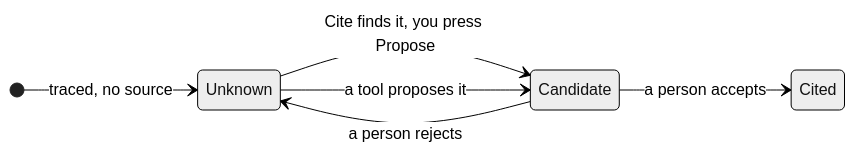
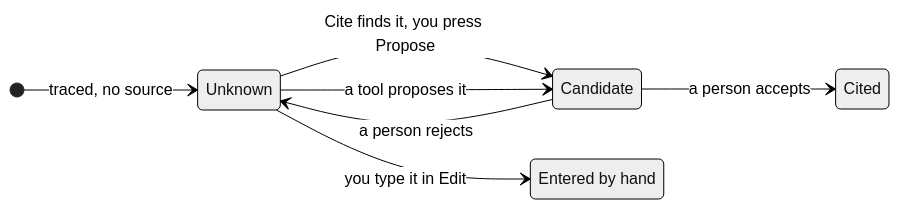
One commit to line-age/studio changed the second of 2 diagrams in README.md. Above: the diagram before and after it, drawn with Mermaid (neutral theme). The commit also changed other lines of this file and 4 other files, not shown here.

````diff
--- a/README.md
+++ b/README.md
@@ -96,9 +112,11 @@
 ```mermaid
 stateDiagram-v2
     direction LR
     [*] --> Unknown: traced, no source
     Unknown --> Candidate: Cite finds it, you press Propose
     Unknown --> Candidate: a tool proposes it
     Candidate --> Cited: a person accepts
     Candidate --> Unknown: a person rejects
+    Unknown --> EnteredByHand: you type it in Edit
+    EnteredByHand: Entered by hand
 ```
````
